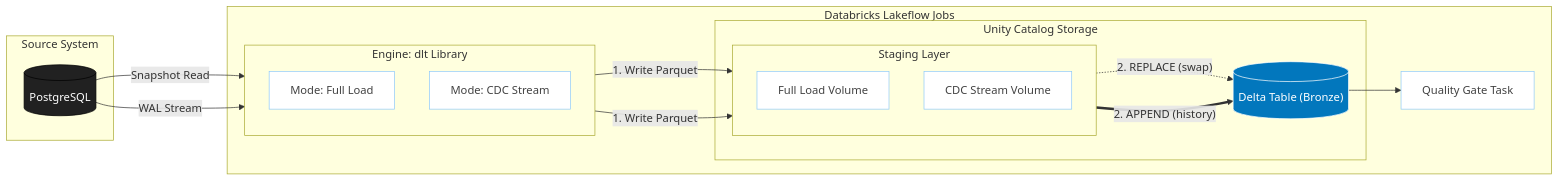
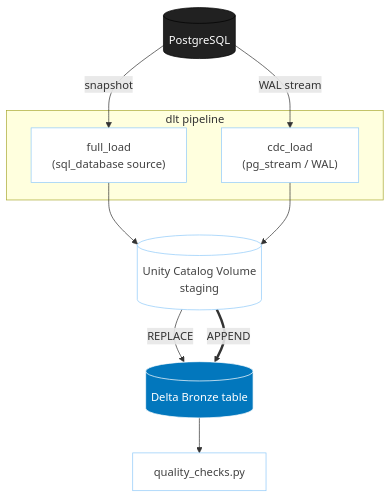
One commit to viharireddy2-byte/lakeflow-sync changed the diagram in README.md. Above: the diagram before and after it, drawn with Mermaid. The commit also changed other lines of this file, not shown here.

````diff
--- a/README.md
+++ b/README.md
@@ -69,39 +28,25 @@
 ```mermaid
-flowchart LR
-    subgraph Source_System [Source System]
-        PG[("PostgreSQL")]:::db_source
+flowchart TD
+    PG[("PostgreSQL")]:::db_source
+
+    subgraph modes [dlt pipeline]
+        FL["full_load\n(sql_database source)"]:::box
+        CDC["cdc_load\n(pg_stream / WAL)"]:::box
     end
 
-    subgraph Lakeflow_Jobs [Databricks Lakeflow Jobs]
-        subgraph Engine [Engine: dlt Library]
-            direction TB
-            FL[Mode: Full Load]:::white_box
-            CDC[Mode: CDC Stream]:::white_box
-        end
+    Vol[("Unity Catalog Volume\nstaging")]:::box
+    Bronze[("Delta Bronze table")]:::db_delta
+    QG["quality_checks.py"]:::box
 
-        subgraph Unity_Catalog [Unity Catalog Storage]
-            subgraph Staging [Staging Layer]
-                direction TB
-                Vol_FL[Full Load Volume]:::white_box
-                Vol_CDC[CDC Stream Volume]:::white_box
-            end
-            Delta[("Delta Table (Bronze)")]:::db_delta
-        end
-
-        QG[Quality Gate Task]:::white_box
-    end
-
-    PG -->|Snapshot Read| FL
-    FL -->|"1. Write Parquet"| Vol_FL
-    Vol_FL -.->|"2. REPLACE (swap)"| Delta
-
-    PG -->|WAL Stream| CDC
-    CDC -->|"1. Write Parquet"| Vol_CDC
-    Vol_CDC ==>|"2. APPEND (history)"| Delta
-
-    Delta --> QG
+    PG -->|snapshot| FL
+    PG -->|WAL stream| CDC
+    FL --> Vol
+    CDC --> Vol
+    Vol -->|REPLACE| Bronze
+    Vol ==>|APPEND| Bronze
+    Bronze --> QG
 
     classDef db_source fill:#212121,stroke:#000,color:#fff;
     classDef db_delta fill:#0277bd,stroke:#fff,color:#fff;
-    classDef white_box fill:#ffffff,stroke:#90caf9,stroke-width:1px,color:#424242;
+    classDef box fill:#ffffff,stroke:#90caf9,stroke-width:1px,color:#424242;
 ```
````
